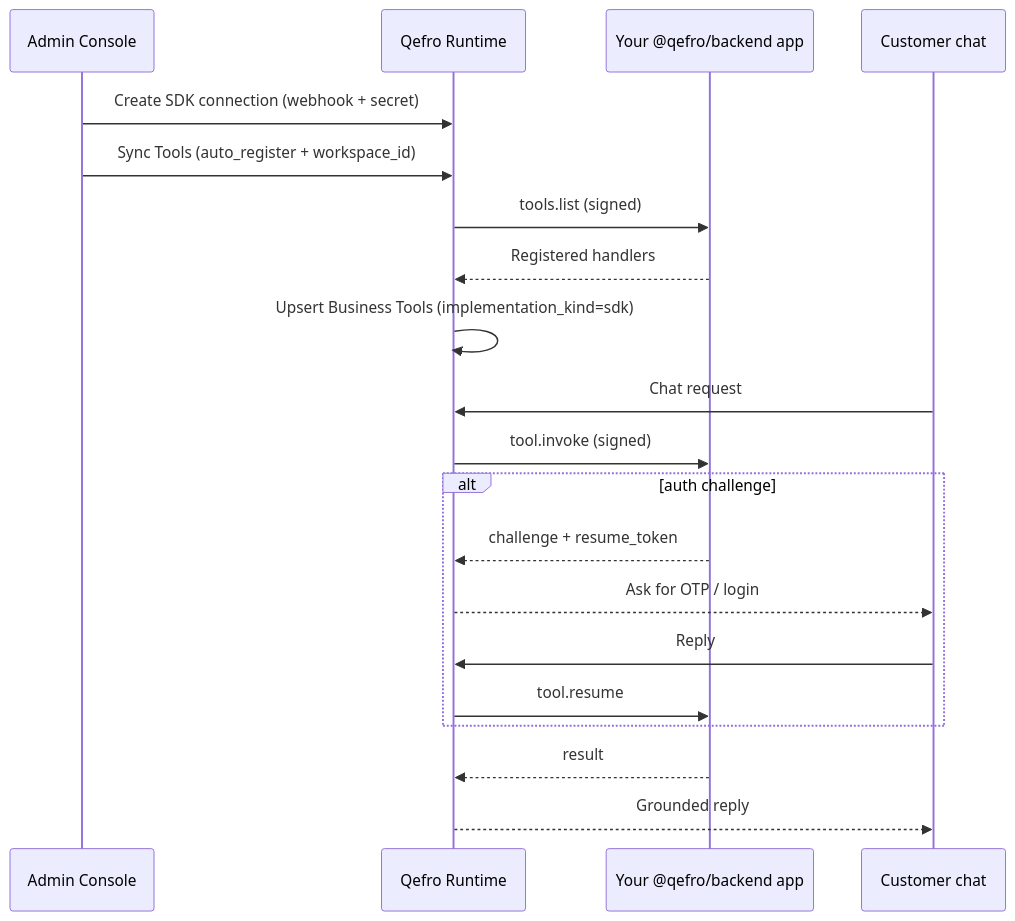
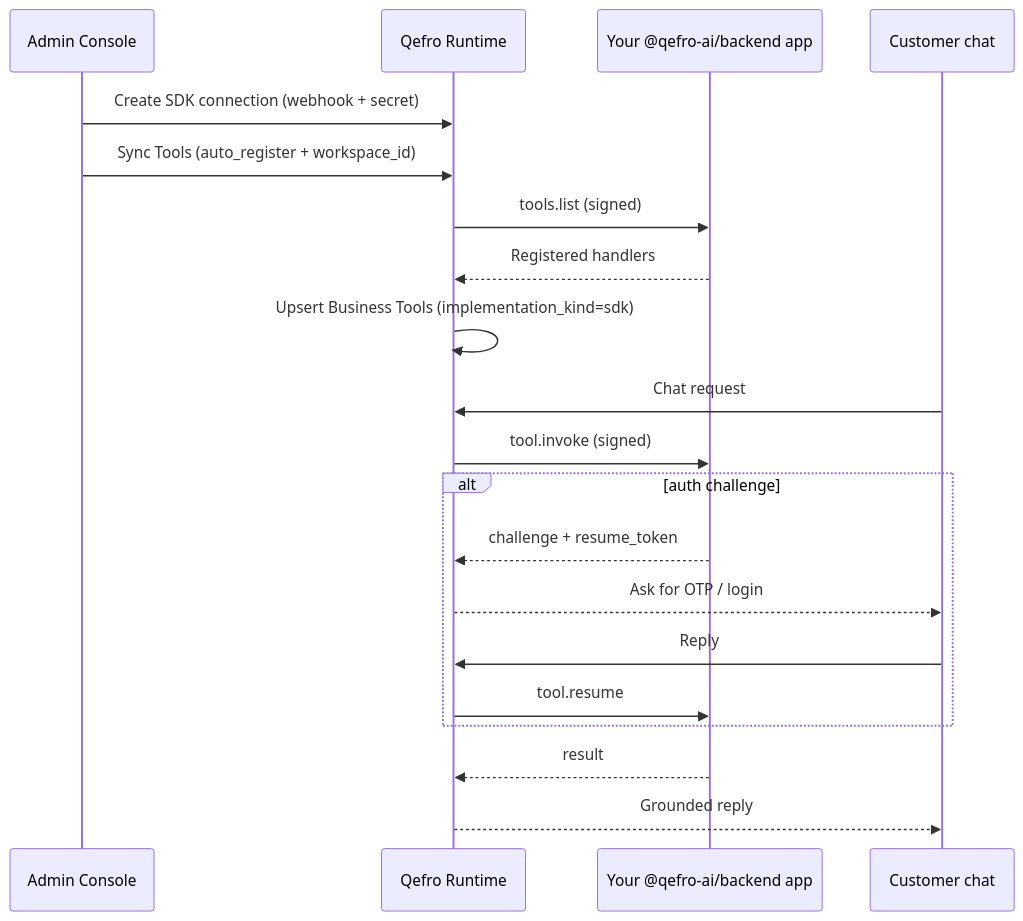
Before and after one commit to qefro-ai/qefro-documentation: the diagram in docs/guides/register-sdk-business-tools.mdx, drawn with Mermaid. The commit also changed other lines of this file and 40 other files, not shown here.

First line of the commit message:
Point backend examples at @qefro-ai/backend.

````diff
--- a/docs/guides/register-sdk-business-tools.mdx
+++ b/docs/guides/register-sdk-business-tools.mdx
@@ -49,24 +49,24 @@
 ```mermaid
 sequenceDiagram
   participant Admin as Admin Console
   participant Q as Qefro Runtime
-  participant SDK as Your @qefro/backend app
+  participant SDK as Your @qefro-ai/backend app
   participant User as Customer chat
 
   Admin->>Q: Create SDK connection (webhook + secret)
   Admin->>Q: Sync Tools (auto_register + workspace_id)
   Q->>SDK: tools.list (signed)
   SDK-->>Q: Registered handlers
   Q->>Q: Upsert Business Tools (implementation_kind=sdk)
 
   User->>Q: Chat request
   Q->>SDK: tool.invoke (signed)
   alt auth challenge
     SDK-->>Q: challenge + resume_token
     Q-->>User: Ask for OTP / login
     User->>Q: Reply
     Q->>SDK: tool.resume
   end
   SDK-->>Q: result
   Q-->>User: Grounded reply
 ```
````
